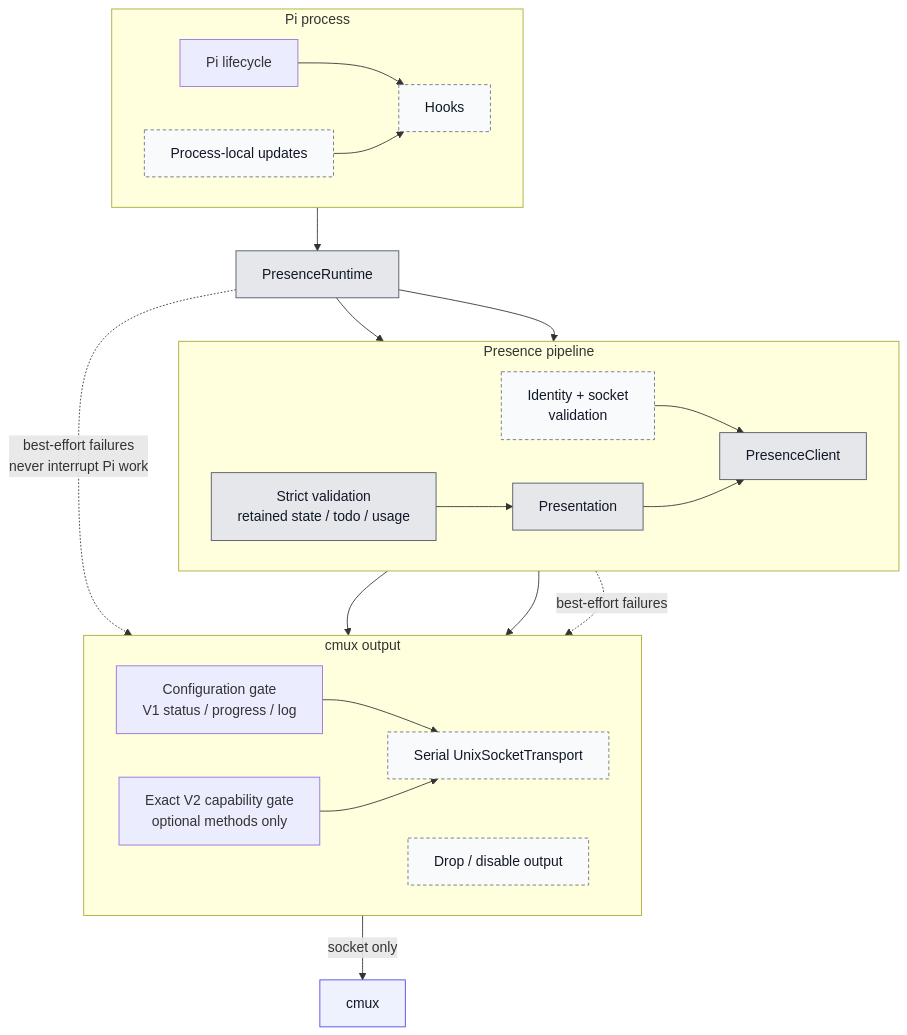
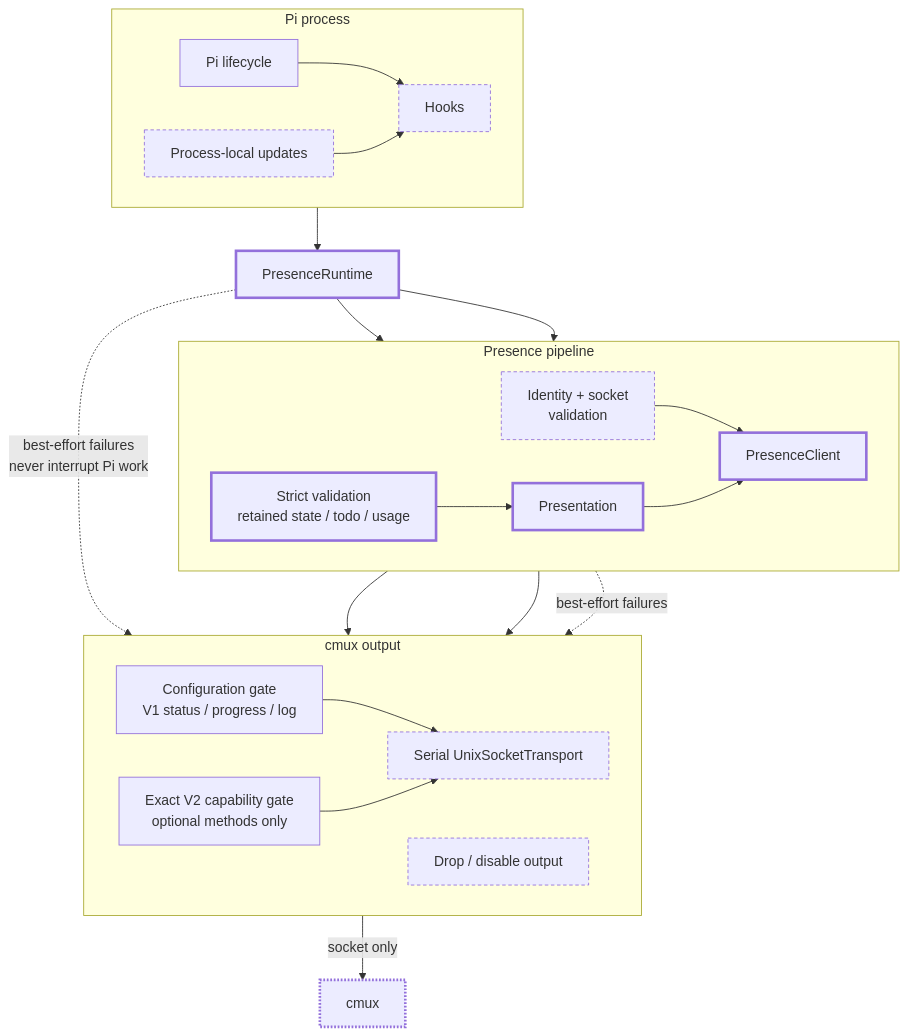
The diagram in docs/diagram/architecture.mmd (spi-ca/pi-cmux-presence), drawn with Mermaid before and after one commit. The commit also changed 23 other files, not shown here.

Commit message:
docs: 운영 문서와 다이어그램 정비

```diff
--- a/docs/diagram/architecture.mmd
+++ b/docs/diagram/architecture.mmd
@@ -1,39 +1,39 @@
 %% Diagram source: docs/diagram/architecture.mmd
 flowchart TB
-  classDef core fill:#e5e7eb,stroke:#4b5563,color:#111827
-  classDef boundary fill:#f9fafb,stroke:#6b7280,color:#111827,stroke-dasharray: 4 3
-  classDef cmux fill:#eef2ff,stroke:#4f46e5,color:#111827
+  classDef core stroke-width:3px
+  classDef boundary stroke-dasharray: 4 3
+  classDef cmux stroke-width:3px,stroke-dasharray: 2 2
 
   subgraph Pi[Pi process]
     direction LR
     Lifecycle[Pi lifecycle] --> Hooks[Hooks]
     Updates[Process-local updates] --> Hooks
   end
 
   Hooks --> Runtime[PresenceRuntime]
 
   subgraph Flow[Presence pipeline]
     direction LR
     Validate[Strict validation<br/>retained state / todo / usage] --> Present[Presentation]
     Target[Identity + socket<br/>validation] --> Client[PresenceClient]
     Present --> Client
   end
   Runtime --> Validate
   Runtime --> Target
 
   subgraph Delivery[cmux output]
     direction LR
     V1[Configuration gate<br/>V1 status / progress / log] --> Transport[Serial UnixSocketTransport]
     V2[Exact V2 capability gate<br/>optional methods only] --> Transport
     Drop[Drop / disable output]
   end
   Client --> V1
   Client --> V2
   Transport -->|socket only| Cmux[cmux]
 
   Runtime -. best-effort failures<br/>never interrupt Pi work .-> Drop
   Client -. best-effort failures .-> Drop
 
   class Runtime,Validate,Present,Client core
   class Updates,Hooks,Target,Transport,Drop boundary
   class Cmux cmux
```
